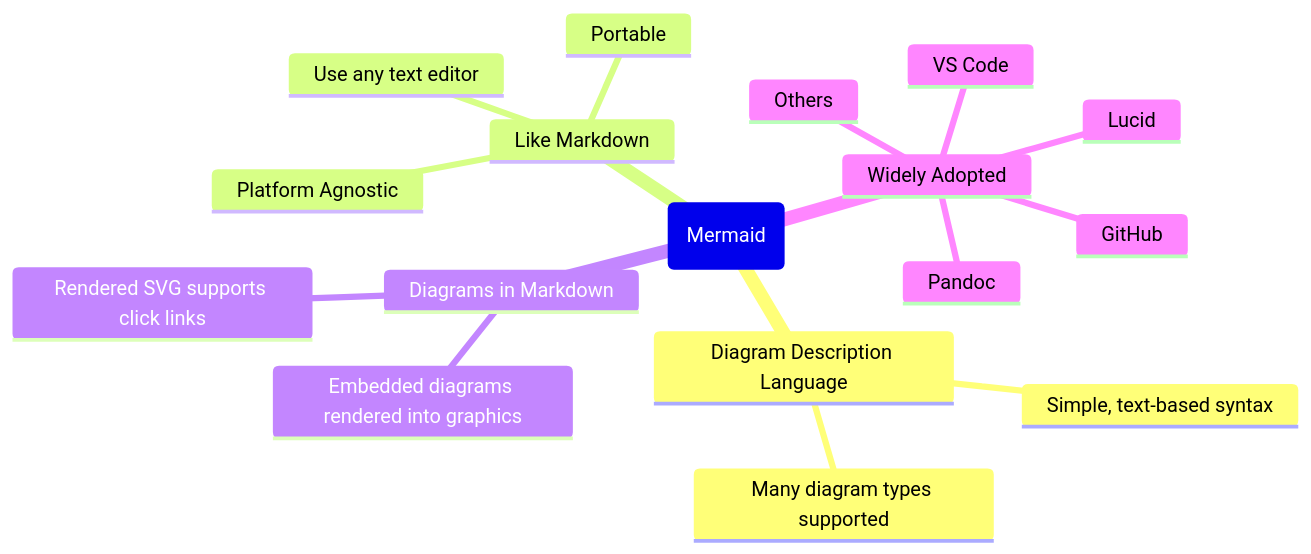
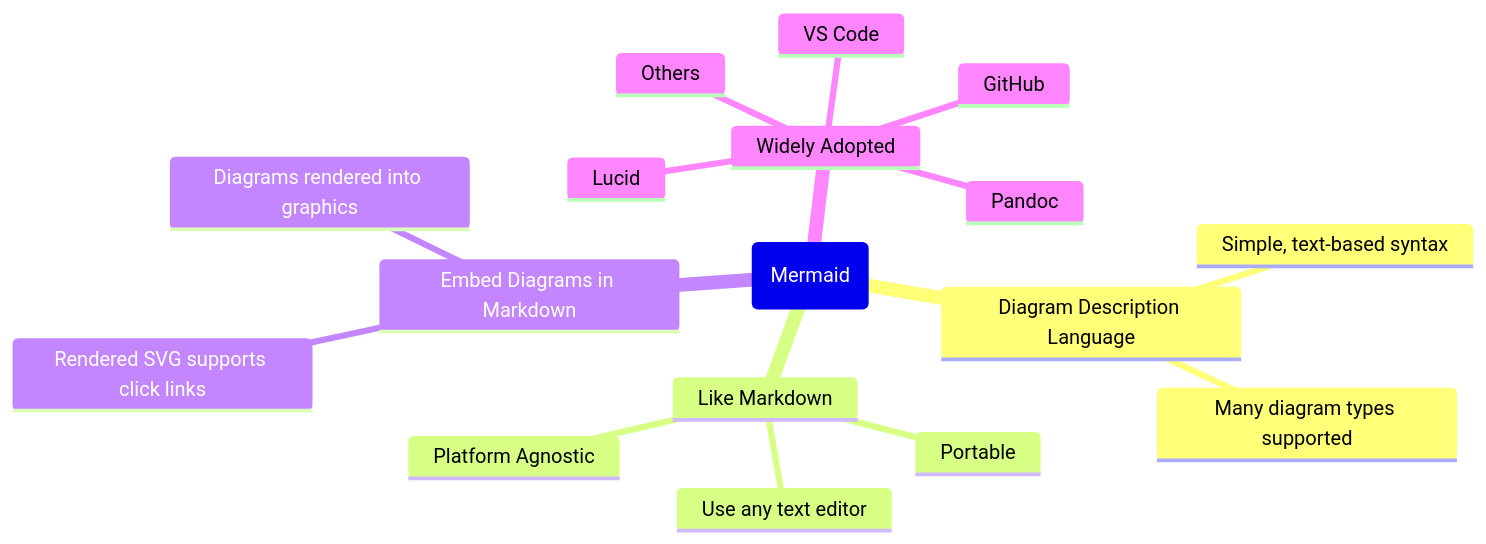
One commit to buckeye43210/markdown-to-snowkb changed the third of 8 diagrams in README.md. Above: the diagram before and after it, drawn with Mermaid.

Commit message:
revising document

````diff
--- a/README.md
+++ b/README.md
@@ -126,20 +126,20 @@
 ```mermaid
 mindmap
   root(Mermaid)
     Diagram Description Language
       Simple, text-based syntax
       Many diagram types supported
     Like Markdown
       Portable
       Platform Agnostic
       Use any text editor
-    Diagrams in Markdown
-      Embedded diagrams rendered into graphics
+    Embed Diagrams in Markdown
+      Diagrams rendered into graphics
       Rendered SVG supports click links
     Widely Adopted
       Lucid
       GitHub
       Pandoc
       VS Code
       Others
 ```
````
